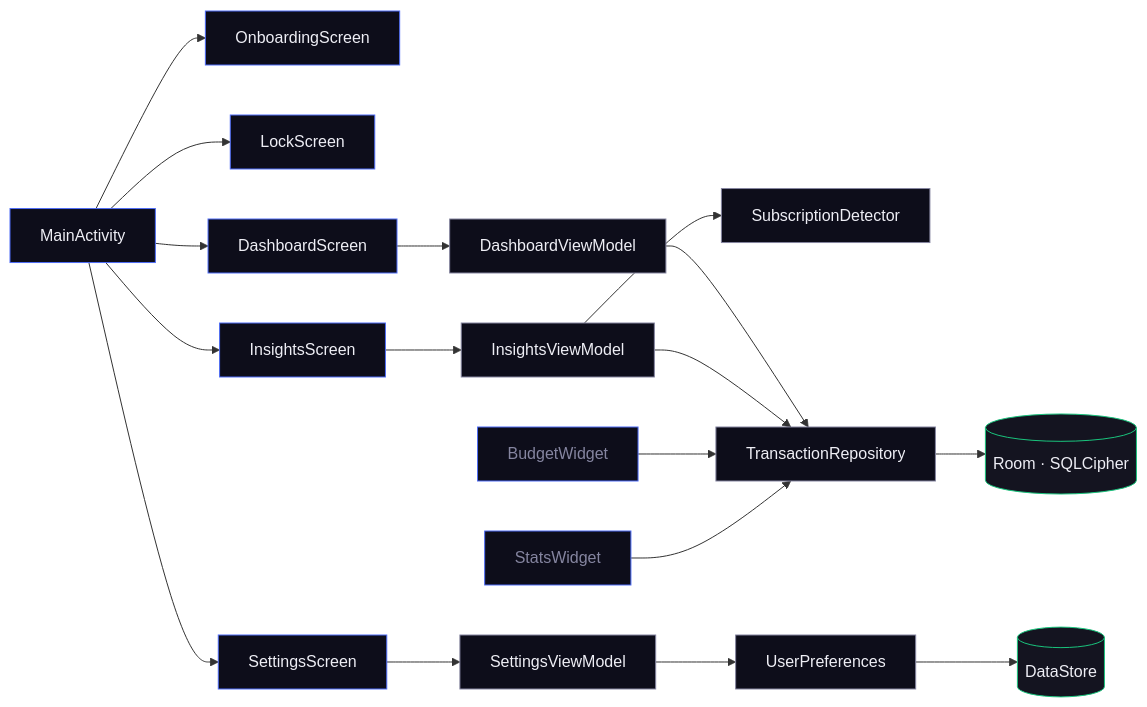
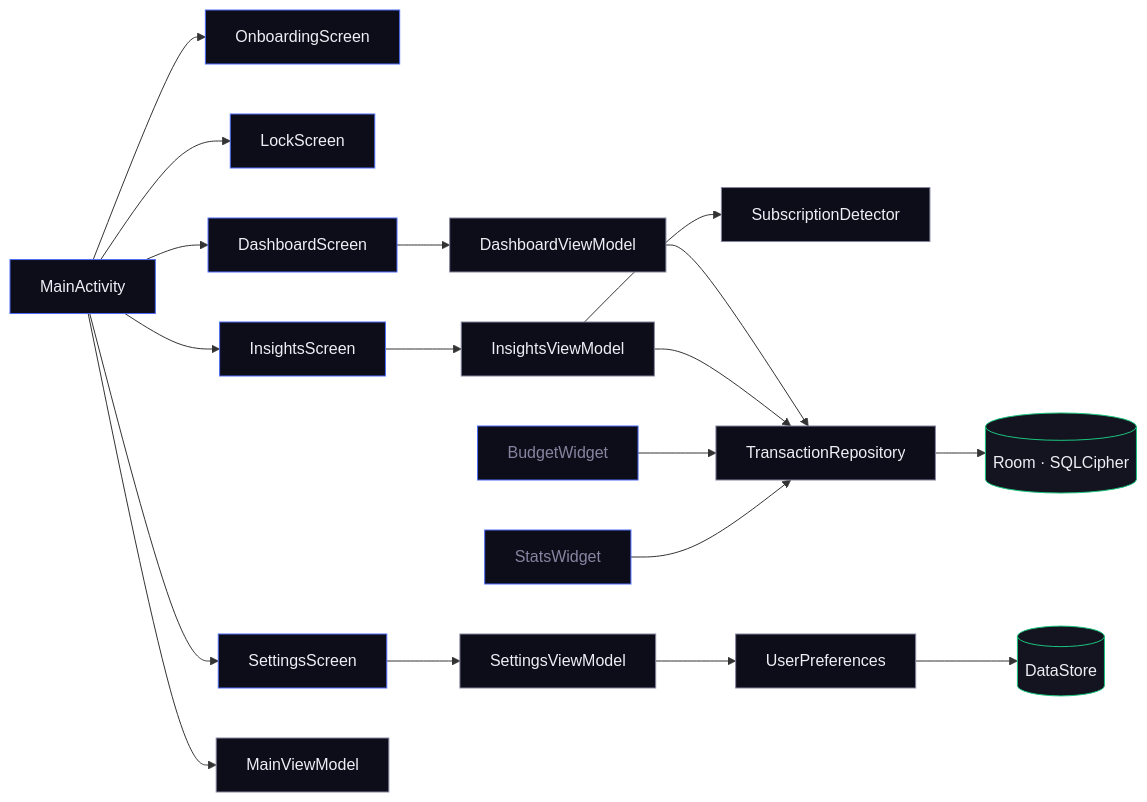
One commit to insaneodyssey26/Cipher changed the second of 2 diagrams in README.md. Above: the diagram before and after it, drawn with Mermaid. The commit also changed other lines of this file and 2 other files, not shown here.

Commit message:
chore: Restore original SmsParserTest and update README architecture docs

````diff
--- a/README.md
+++ b/README.md
@@ -89,37 +92,38 @@
 ```mermaid
 flowchart LR
     MA[MainActivity] --> OS[OnboardingScreen]
     MA --> LS[LockScreen]
     MA --> SCR[DashboardScreen]
     MA --> IS[InsightsScreen]
     MA --> SS[SettingsScreen]
 
+    MA  --> MVM[MainViewModel]
     SCR --> DVM[DashboardViewModel]
     IS  --> IVM[InsightsViewModel]
     SS  --> SVM[SettingsViewModel]
 
     IVM --> SD[SubscriptionDetector]
     DVM --> TR[TransactionRepository]
     IVM --> TR
     SVM --> UP[UserPreferences]
 
     TR  --> DB[(Room · SQLCipher)]
     UP  --> PDS[(DataStore)]
 
     BW[BudgetWidget] --> TR
     SW[StatsWidget]  --> TR
 
     classDef entry  fill:#0D0D1A,stroke:#4E6CF7,color:#EEEEF5
     classDef screen fill:#0D0D1A,stroke:#4E6CF7,color:#EEEEF5
     classDef vm     fill:#0D0D1A,stroke:#8585A0,color:#EEEEF5
     classDef logic  fill:#0D0D1A,stroke:#8585A0,color:#EEEEF5
     classDef store  fill:#141420,stroke:#1AC47D,color:#EEEEF5
     classDef widget fill:#0D0D1A,stroke:#4E6CF7,color:#8585A0
 
     class MA entry
     class OS,LS,SCR,IS,SS screen
-    class DVM,IVM,SVM vm
+    class DVM,IVM,SVM,MVM vm
     class TR,UP,SD logic
     class DB,PDS store
     class BW,SW widget
 ```
````
